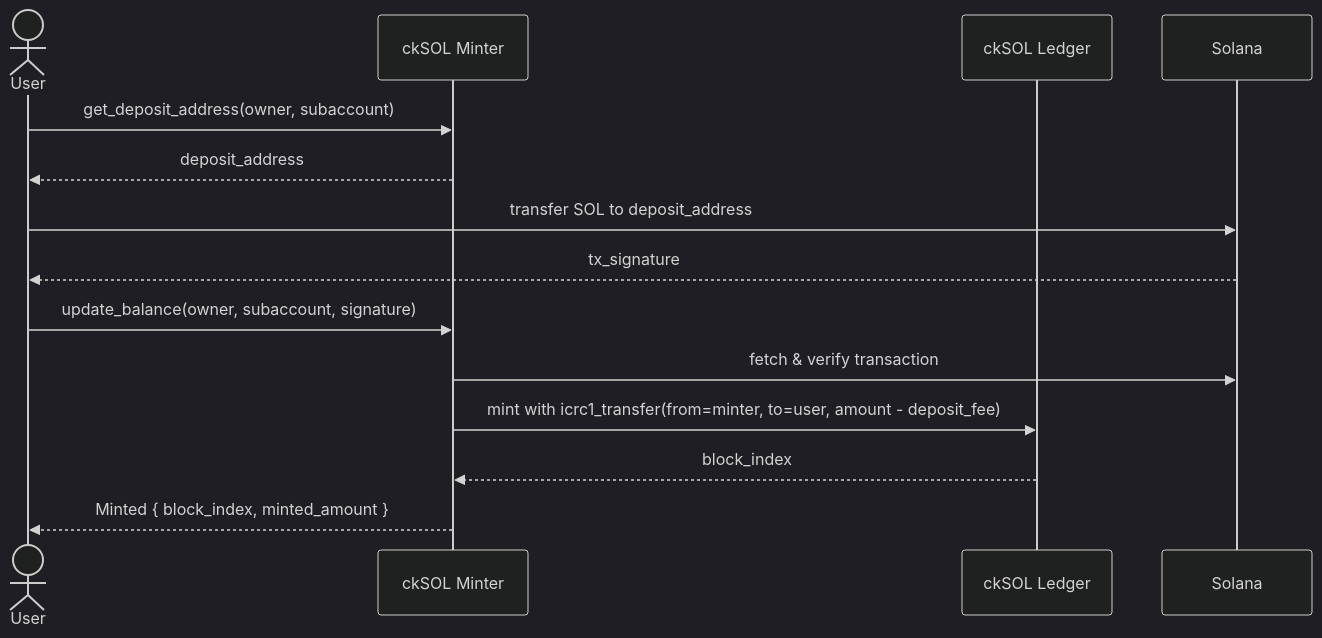
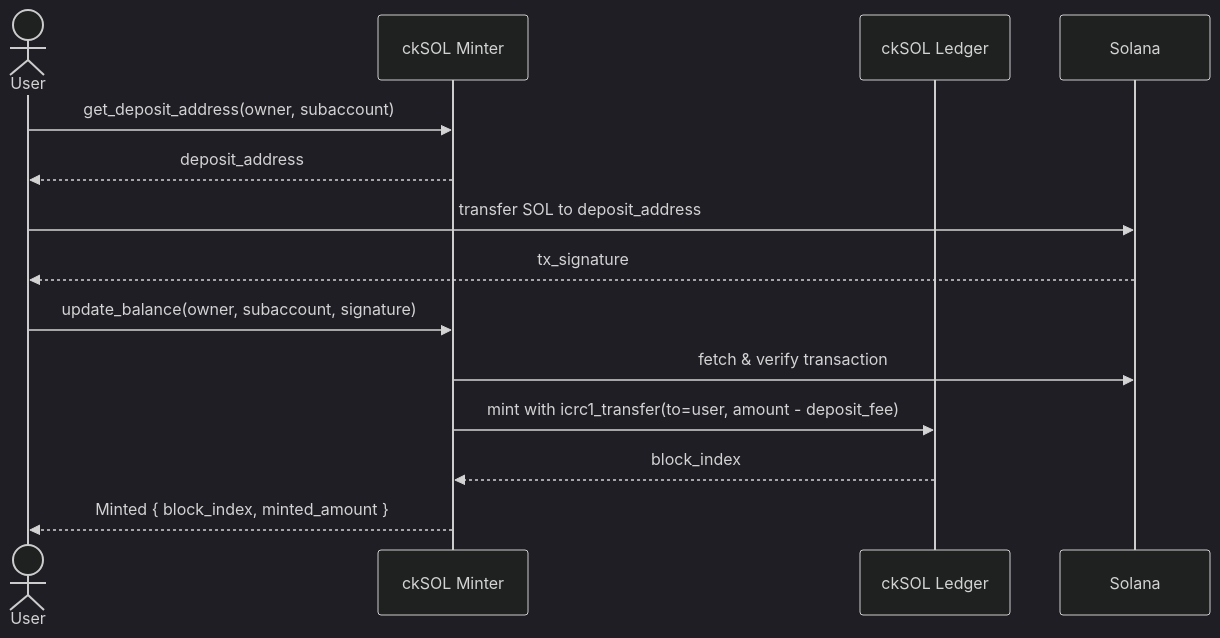
Before and after one commit to dfinity/cksol: the first of 3 diagrams in README.md, drawn with Mermaid (dark theme).

Commit message:
docs: remove implicit from=minter from icrc1_transfer in deposit diagram

````diff
--- a/README.md
+++ b/README.md
@@ -48,19 +48,19 @@
 ```mermaid
 sequenceDiagram
     actor User
     participant Minter as ckSOL Minter
     participant Ledger as ckSOL Ledger
     participant Solana
 
     User->>Minter: get_deposit_address(owner, subaccount)
     Minter-->>User: deposit_address
 
     User->>Solana: transfer SOL to deposit_address
     Solana-->>User: tx_signature
 
     User->>Minter: update_balance(owner, subaccount, signature)
     Minter->>Solana: fetch & verify transaction
-    Minter->>Ledger: mint with icrc1_transfer(from=minter, to=user, amount - deposit_fee)
+    Minter->>Ledger: mint with icrc1_transfer(to=user, amount - deposit_fee)
     Ledger-->>Minter: block_index
     Minter-->>User: Minted { block_index, minted_amount }
 ```
````
